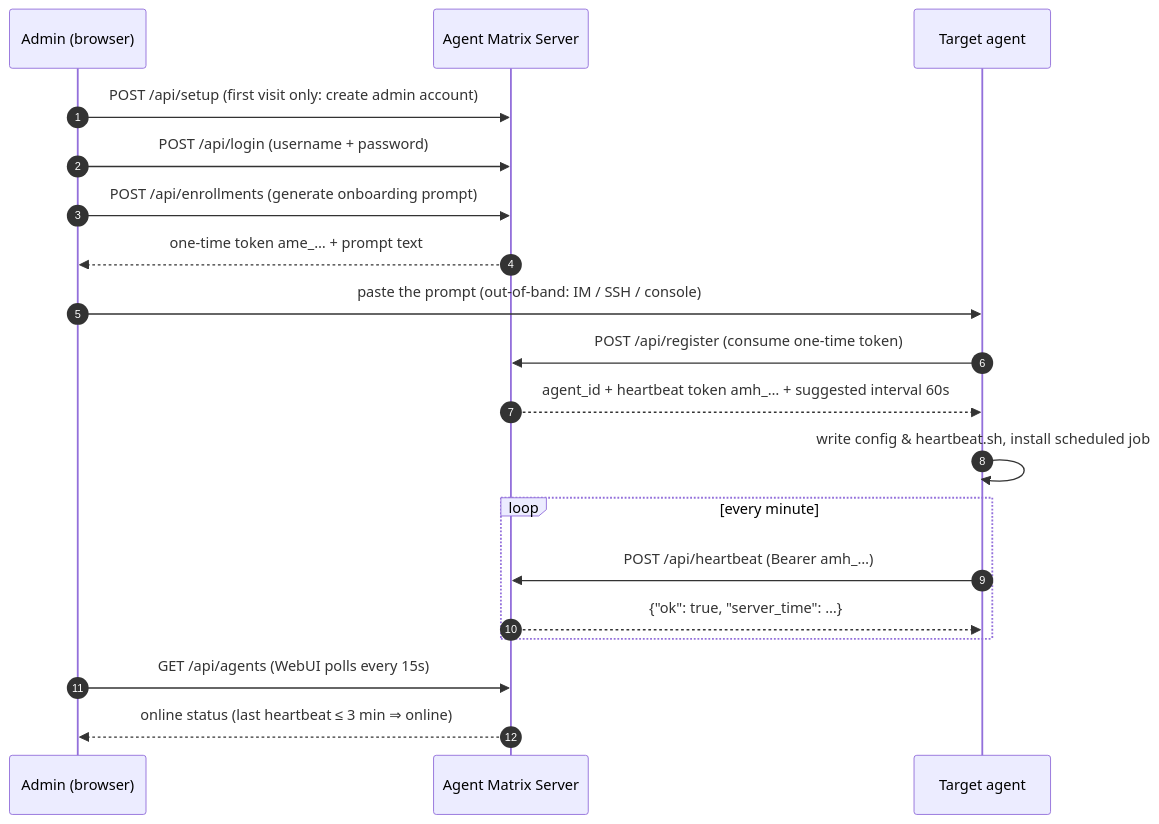
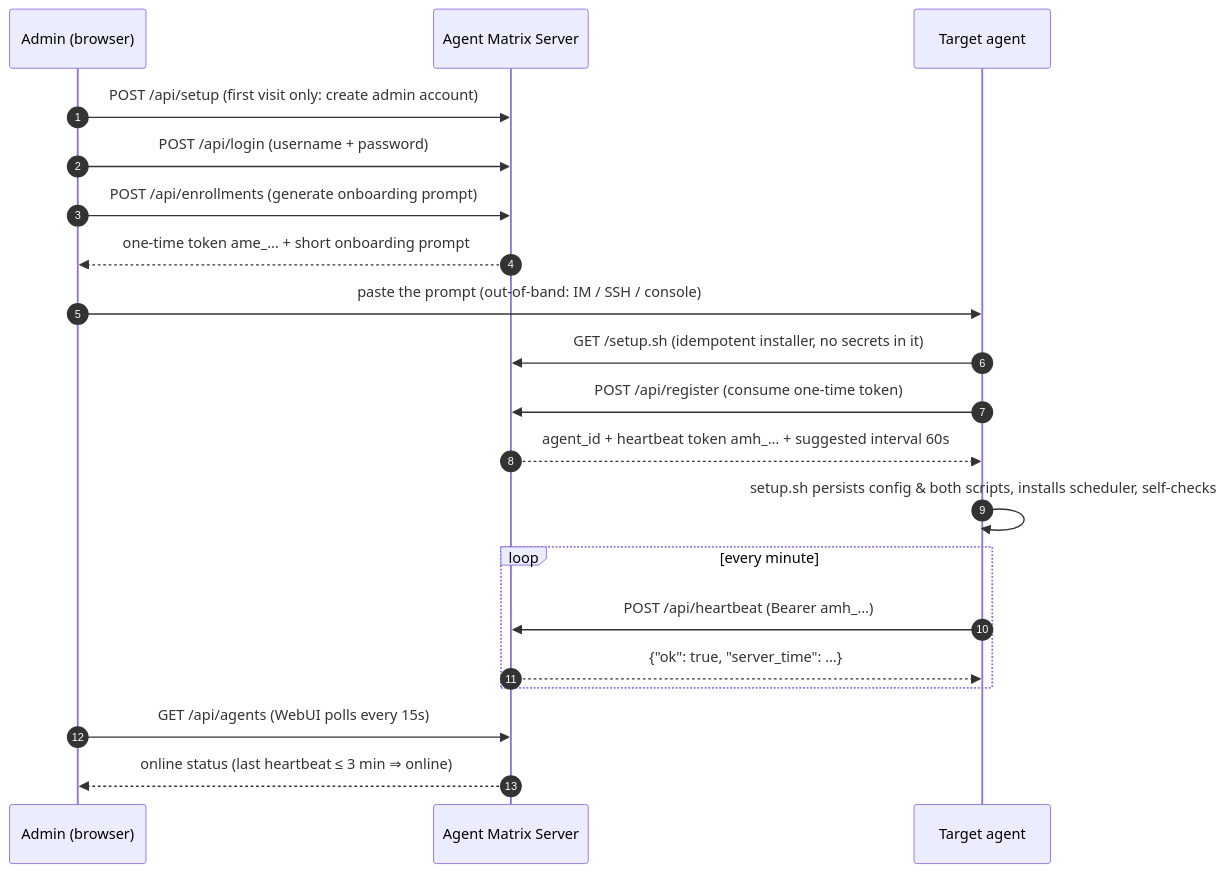
Before and after one commit to HankGuo/agent-matrix: the third of 5 diagrams in README.en.md, drawn with Mermaid. The commit also changed other lines of this file and 6 other files, not shown here.

First line of the commit message:
Slim onboarding prompt: server-hosted idempotent setup.sh (v0.5.1)

````diff
--- a/README.en.md
+++ b/README.en.md
@@ -57,22 +56,23 @@
 ```mermaid
 sequenceDiagram
     autonumber
     participant A as Admin (browser)
     participant S as Agent Matrix Server
     participant G as Target agent
 
     A->>S: POST /api/setup (first visit only: create admin account)
     A->>S: POST /api/login (username + password)
     A->>S: POST /api/enrollments (generate onboarding prompt)
-    S-->>A: one-time token ame_… + prompt text
+    S-->>A: one-time token ame_… + short onboarding prompt
     A->>G: paste the prompt (out-of-band: IM / SSH / console)
+    G->>S: GET /setup.sh (idempotent installer, no secrets in it)
     G->>S: POST /api/register (consume one-time token)
     S-->>G: agent_id + heartbeat token amh_… + suggested interval 60s
-    G->>G: write config & heartbeat.sh, install scheduled job
+    G->>G: setup.sh persists config & both scripts, installs scheduler, self-checks
     loop every minute
         G->>S: POST /api/heartbeat (Bearer amh_…)
         S-->>G: {"ok": true, "server_time": …}
     end
     A->>S: GET /api/agents (WebUI polls every 15s)
     S-->>A: online status (last heartbeat ≤ 3 min ⇒ online)
 ```
````
